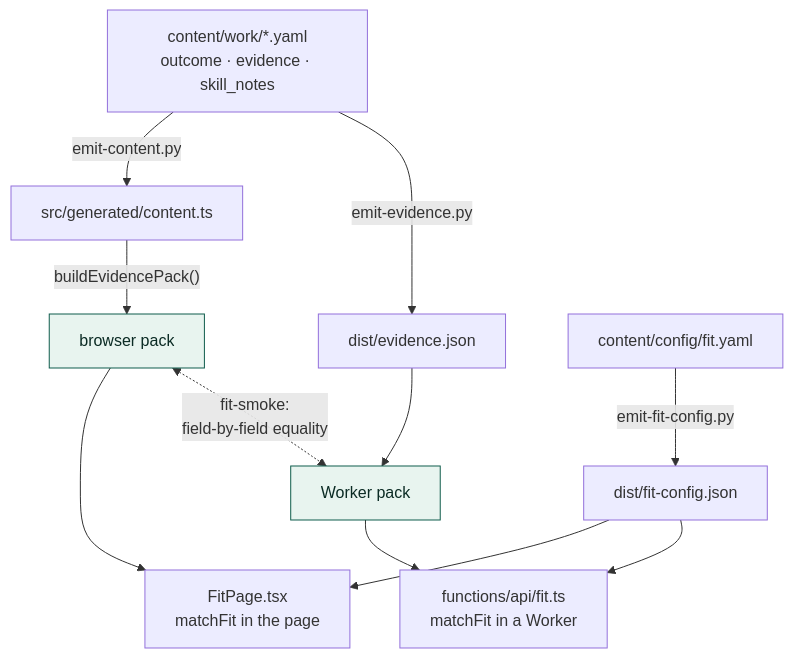
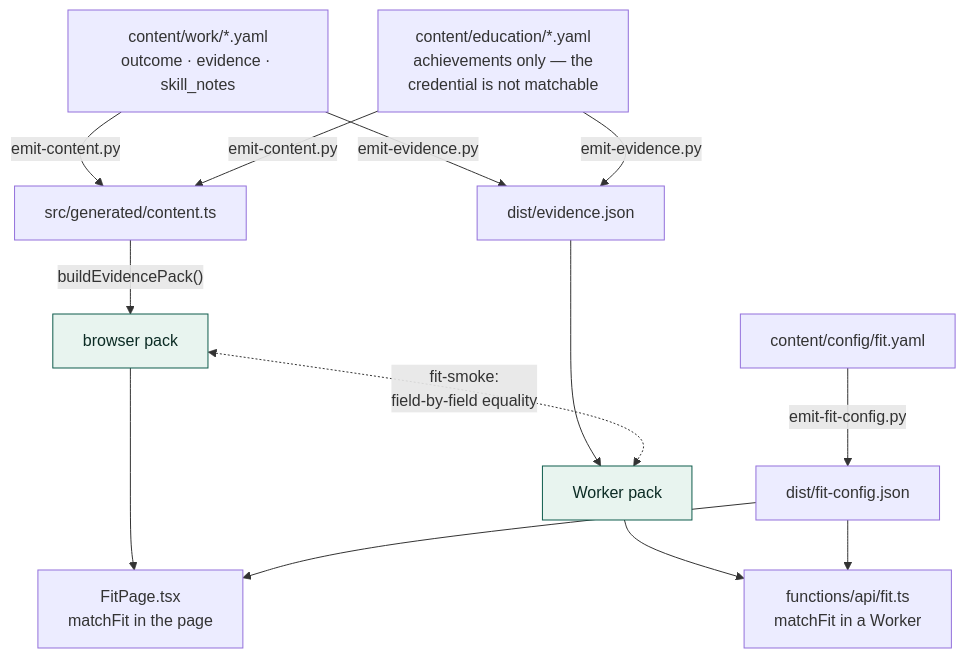
Before and after one commit to rolefinder/show-your-work: the eighth of 14 diagrams in ARCHITECTURE.md, drawn with Mermaid. The commit also changed other lines of this file and 10 other files, not shown here.

````diff
--- a/ARCHITECTURE.md
+++ b/ARCHITECTURE.md
@@ -492,22 +503,25 @@
 ```mermaid
 flowchart TD
     W["content/work/*.yaml<br/>outcome · evidence · skill_notes"]
+    ED["content/education/*.yaml<br/>achievements only — the<br/>credential is not matchable"]
 
     W -->|emit-content.py| GEN["src/generated/content.ts"]
     W -->|emit-evidence.py| EJ["dist/evidence.json"]
+    ED -->|emit-content.py| GEN
+    ED -->|emit-evidence.py| EJ
 
     GEN -->|"buildEvidencePack()"| P1["browser pack"]
     EJ --> P2["Worker pack"]
 
     CFG["content/config/fit.yaml"] -->|emit-fit-config.py| FJ["dist/fit-config.json"]
 
     P1 --> BR["FitPage.tsx<br/>matchFit in the page"]
     P2 --> WK["functions/api/fit.ts<br/>matchFit in a Worker"]
     FJ --> BR
     FJ --> WK
 
     P1 <-.->|"fit-smoke:<br/>field-by-field equality"| P2
 
     style P1 fill:#e8f4ef,stroke:#0f5c4c,color:#0b2b24
     style P2 fill:#e8f4ef,stroke:#0f5c4c,color:#0b2b24
 ```
````
